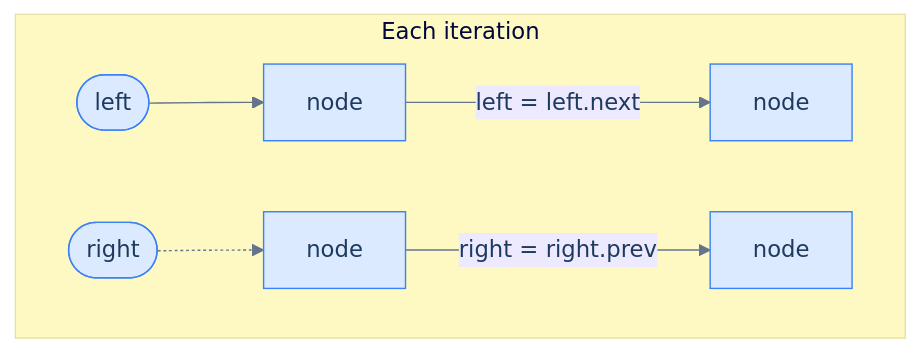
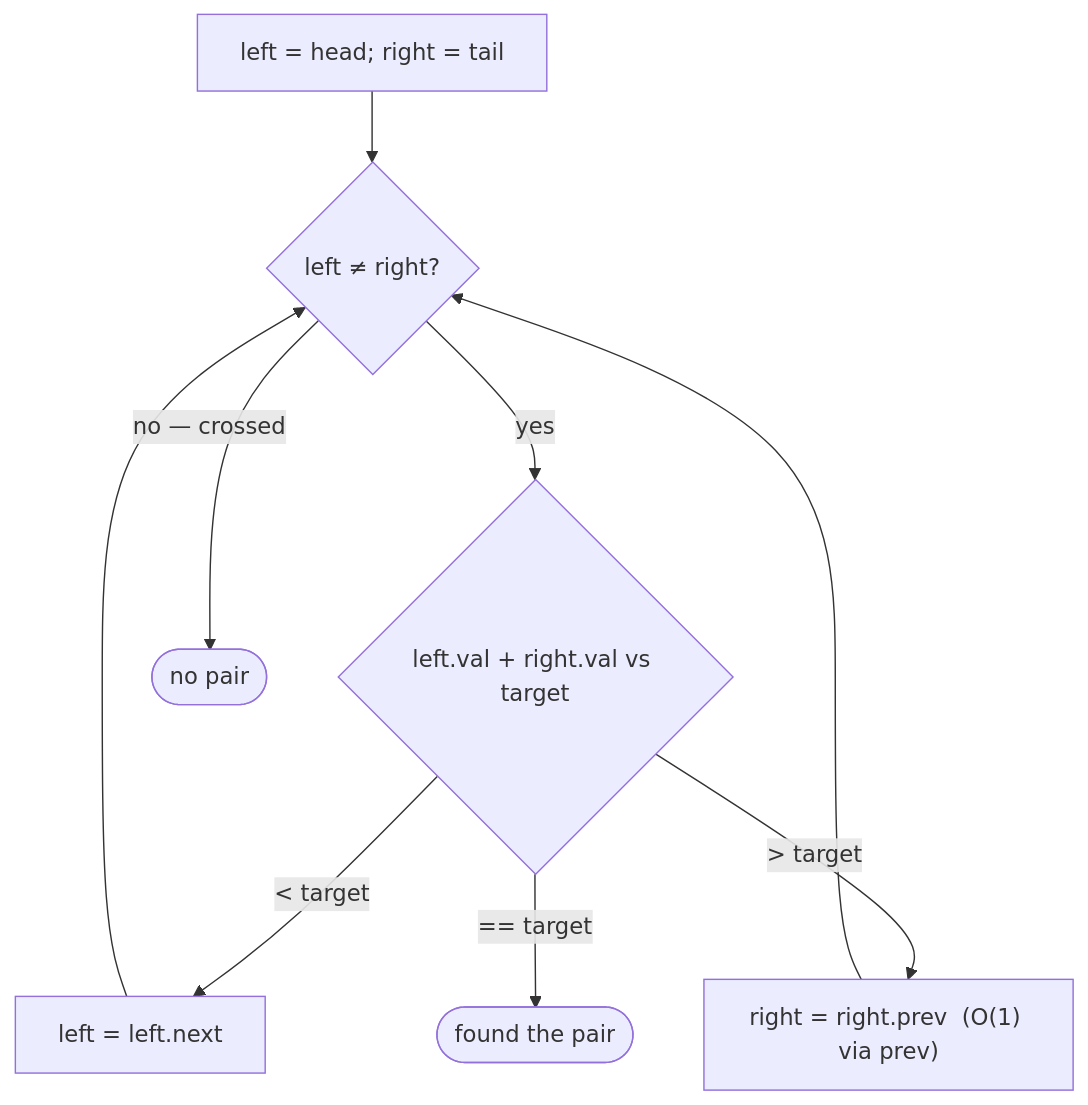
Before and after one commit to ani2fun/codefolio: the diagram in content/cortex/data-structures-and-algorithms/02-linear-structures/04-doubly-linked-list/08-pattern-two-pointers/01-pattern.md, drawn with Mermaid. The commit also changed other lines of this file and 1049 other files, not shown here.

````diff
--- a/content/cortex/data-structures-and-algorithms/02-linear-structures/04-doubly-linked-list/08-pattern-two-pointers/01-pattern.md
+++ b/content/cortex/data-structures-and-algorithms/02-linear-structures/04-doubly-linked-list/08-pattern-two-pointers/01-pattern.md
@@ -55,20 +60,11 @@
 ```mermaid
----
-config:
-  theme: base
-  themeVariables:
-    primaryColor: "#dbeafe"
-    primaryBorderColor: "#3b82f6"
-    primaryTextColor: "#1e3a5f"
-    lineColor: "#64748b"
-    secondaryColor: "#ede9fe"
-    tertiaryColor: "#fef9c3"
----
-flowchart LR
-    subgraph S["Each iteration"]
-        direction LR
-        L(["left"]) --> N1["node"] -->|"left = left.next"| N2["node"]
-        R(["right"]) -.-> N5["node"]
-        N5 -->|"right = right.prev"| N4["node"]
-    end
+flowchart TB
+  I["left = head; right = tail"] --> Q{"left ≠ right?"}
+  Q -->|"yes"| C{"left.val + right.val vs target"}
+  C -->|"< target"| L["left = left.next"]
+  C -->|"> target"| R["right = right.prev  (O(1) via prev)"]
+  C -->|"== target"| F(["found the pair"])
+  L --> Q
+  R --> Q
+  Q -->|"no — crossed"| N(["no pair"])
 ```
````
